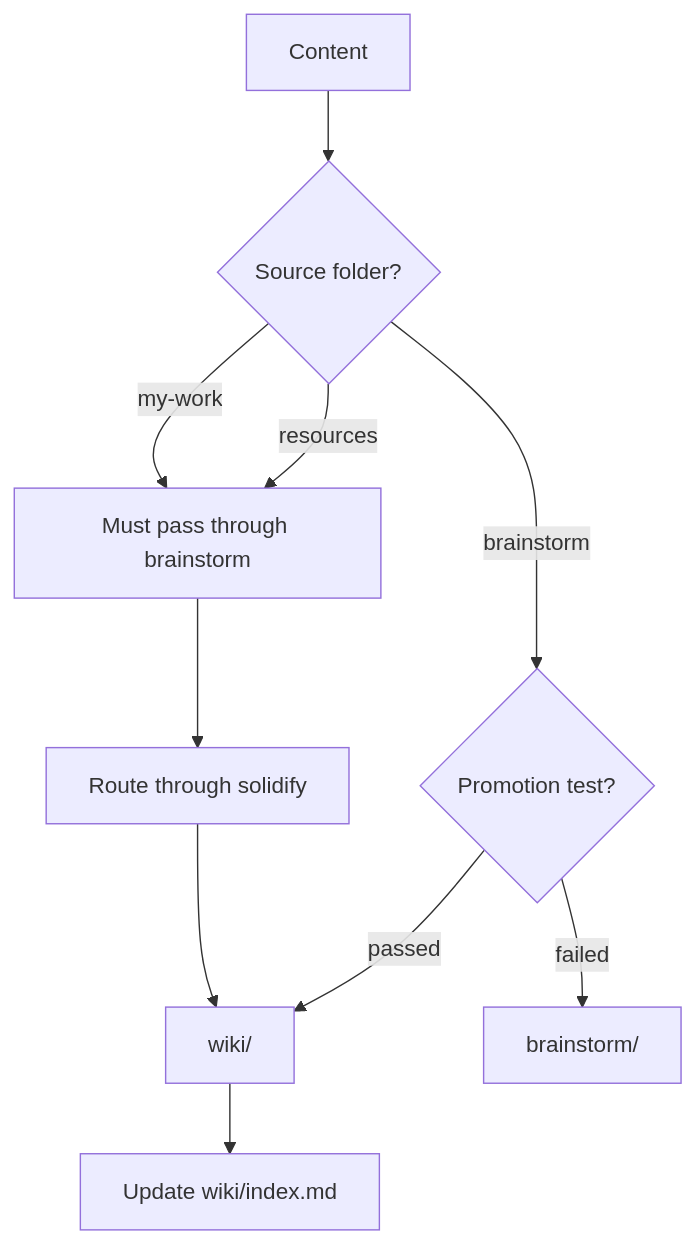
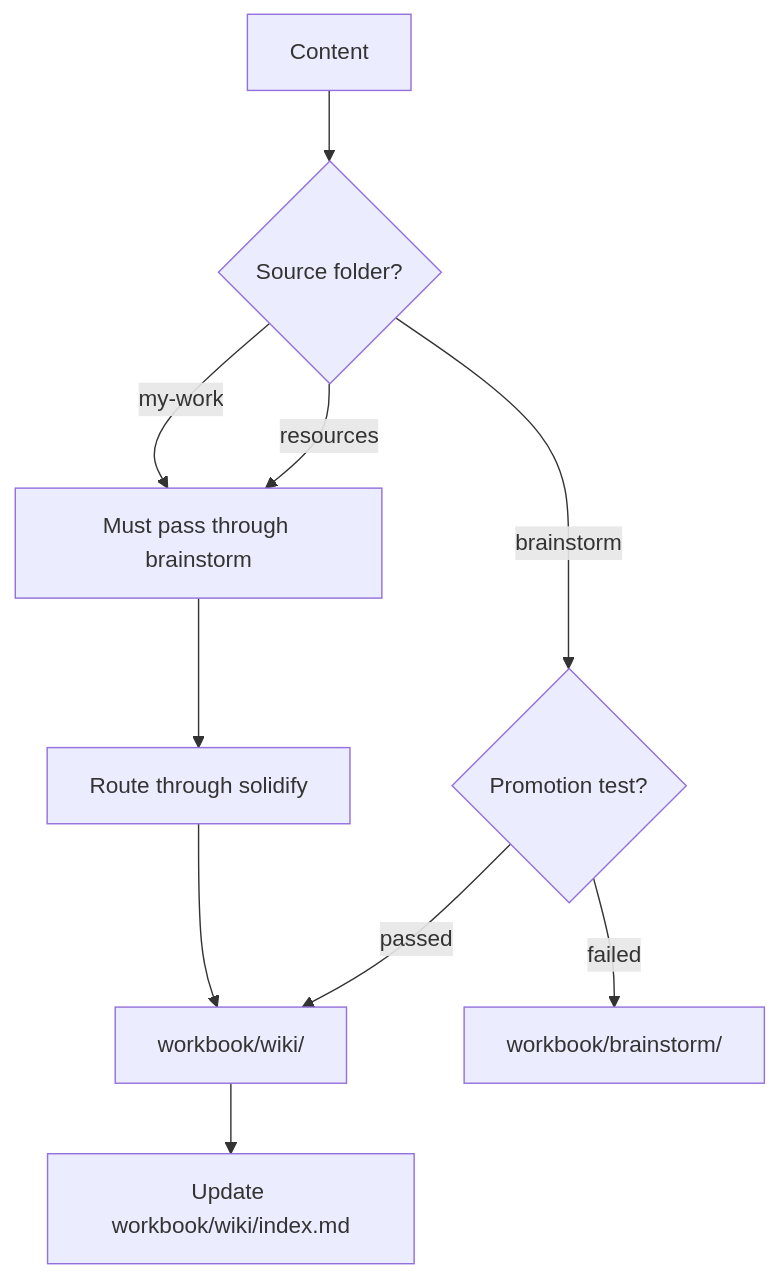
Before and after one commit to gengyabc/baicai-notebook: the ninth of 11 diagrams in docs/routing-flows.md, drawn with Mermaid. The commit also changed other lines of this file and 43 other files, not shown here.

````diff
--- a/docs/routing-flows.md
+++ b/docs/routing-flows.md
@@ -234,12 +234,12 @@
 ```mermaid
 flowchart TD
     A[Content] --> B{Source folder?}
     B -->|my-work| C[Must pass through brainstorm]
     B -->|resources| C
     B -->|brainstorm| D{Promotion test?}
     C --> E[Route through solidify]
-    D -->|passed| F[wiki/]
-    D -->|failed| G[brainstorm/]
+    D -->|passed| F[workbook/wiki/]
+    D -->|failed| G[workbook/brainstorm/]
     E --> F
-    F --> H[Update wiki/index.md]
+    F --> H[Update workbook/wiki/index.md]
 ```
````
